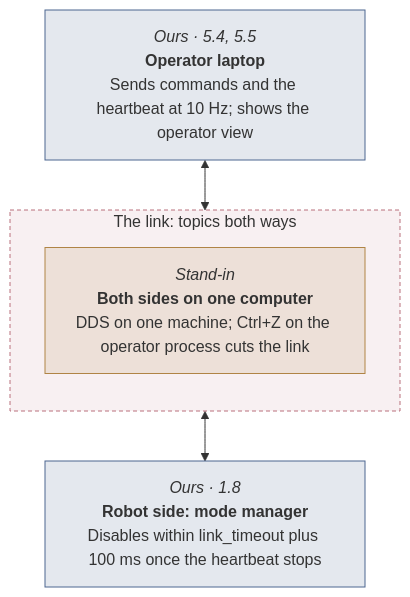
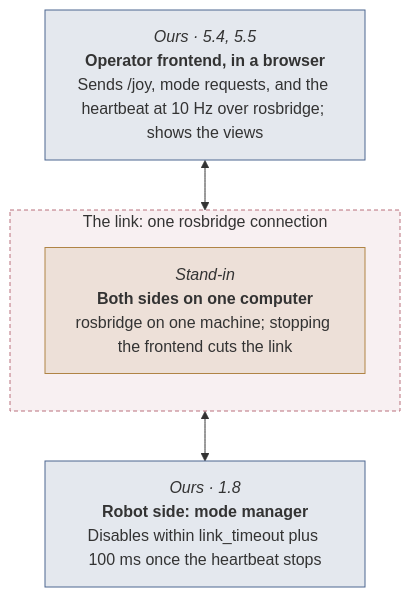
One commit to STAR-Robotics-Team/starrt-luna-software changed diagram 28 of 30 in docs/design/hardware-test-modes.md. Above: the diagram before and after it, drawn with Mermaid. The commit also changed other lines of this file and 3 other files, not shown here.

First line of the commit message:
Match the design docs to the rosbridge operator station

````diff
--- a/docs/design/hardware-test-modes.md
+++ b/docs/design/hardware-test-modes.md
@@ -1365,31 +1365,31 @@
 ```mermaid
 ---
 config:
   flowchart:
     wrappingWidth: 260
 ---
 flowchart TB
   b1["`*Ours · 5.4, 5.5*
-**Operator laptop**
-Sends commands and the heartbeat at 10 Hz; shows the operator view`"]
-  subgraph band2["The link: topics both ways"]
+**Operator frontend, in a browser**
+Sends /joy, mode requests, and the heartbeat at 10 Hz over rosbridge; shows the views`"]
+  subgraph band2["The link: one rosbridge connection"]
     direction TB
     b3["`*Stand-in*
 **Both sides on one computer**
-DDS on one machine; Ctrl+Z on the operator process cuts the link`"]
+rosbridge on one machine; stopping the frontend cuts the link`"]
   end
   b4["`*Ours · 1.8*
 **Robot side: mode manager**
 Disables within link_timeout plus 100 ms once the heartbeat stops`"]
   b1 <--> band2
   band2 <--> b4
   classDef ours fill:#4c669026,stroke:#4c6690
   classDef ros fill:#8b939c1f,stroke:#8b939c
   classDef stand fill:#b0844526,stroke:#b08445
   classDef hw fill:#4a725926,stroke:#4a7259
   classDef hwline fill:#b9707c26,stroke:#b9707c,stroke-dasharray:4 3
   classDef ghost fill:none,stroke:#8b939c,stroke-dasharray:4 4,color:#8b939c
   class b1,b4 ours
   class b3 stand
   style band2 fill:#b9707c1a,stroke:#b9707c,stroke-dasharray:4 3
 ```
````
